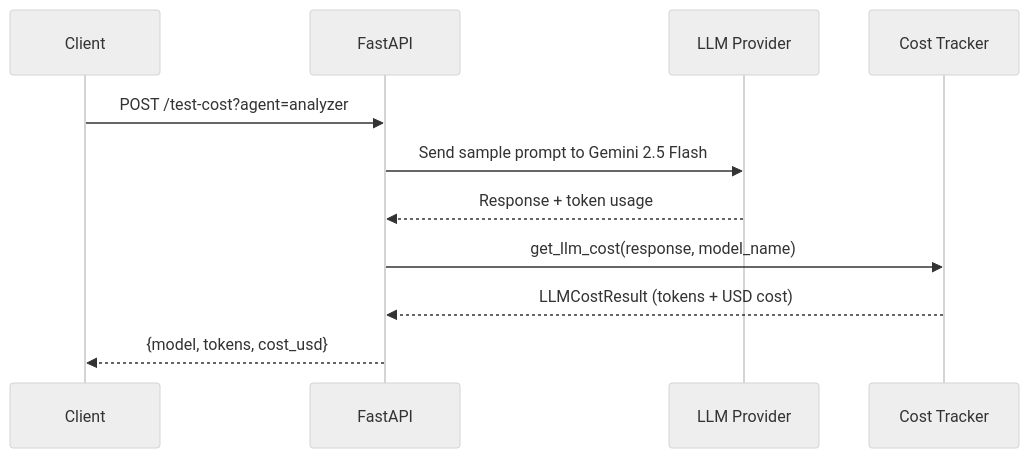
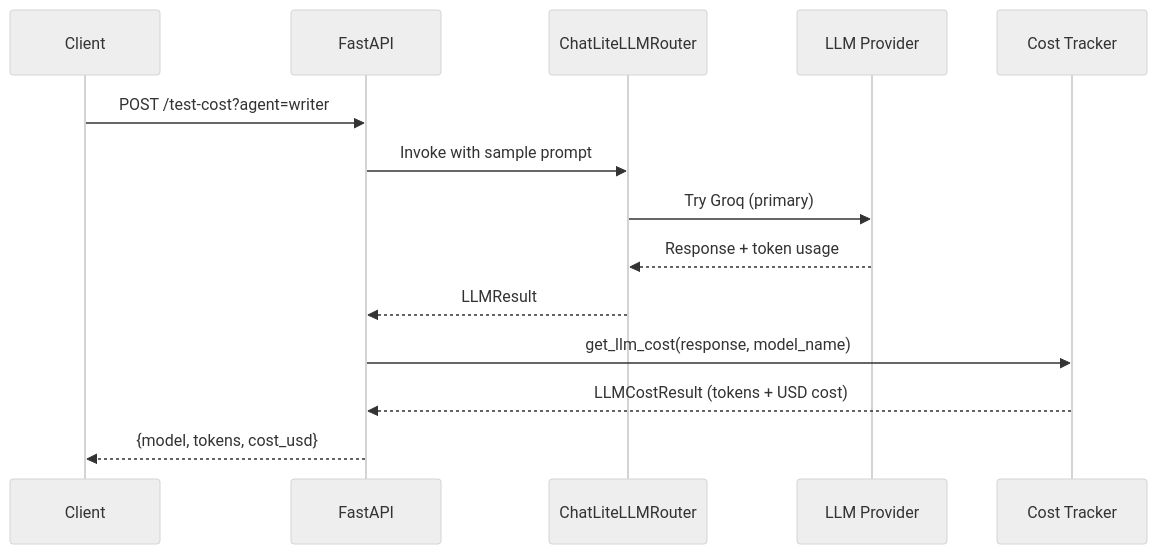
Before and after one commit to himanshu231204/linkedin-ai-comment-copilot: the second of 3 diagrams in backend/README.md, drawn with Mermaid (neutral theme). The commit also changed other lines of this file and 4 other files, not shown here.

First line of the commit message:
docs: update all documentation to reflect ChatLiteLLMRouter, Groq primary, and Render deployment

````diff
--- a/backend/README.md
+++ b/backend/README.md
@@ -153,14 +192,17 @@
 ```mermaid
 sequenceDiagram
     participant Client
     participant API as FastAPI
+    participant Router as ChatLiteLLMRouter
     participant LLM as LLM Provider
     participant Cost as Cost Tracker
 
-    Client->>API: POST /test-cost?agent=analyzer
-    API->>LLM: Send sample prompt to Gemini 2.5 Flash
-    LLM-->>API: Response + token usage
+    Client->>API: POST /test-cost?agent=writer
+    API->>Router: Invoke with sample prompt
+    Router->>LLM: Try Groq (primary)
+    LLM-->>Router: Response + token usage
+    Router-->>API: LLMResult
     API->>Cost: get_llm_cost(response, model_name)
     Cost-->>API: LLMCostResult (tokens + USD cost)
     API-->>Client: {model, tokens, cost_usd}
 ```
````
